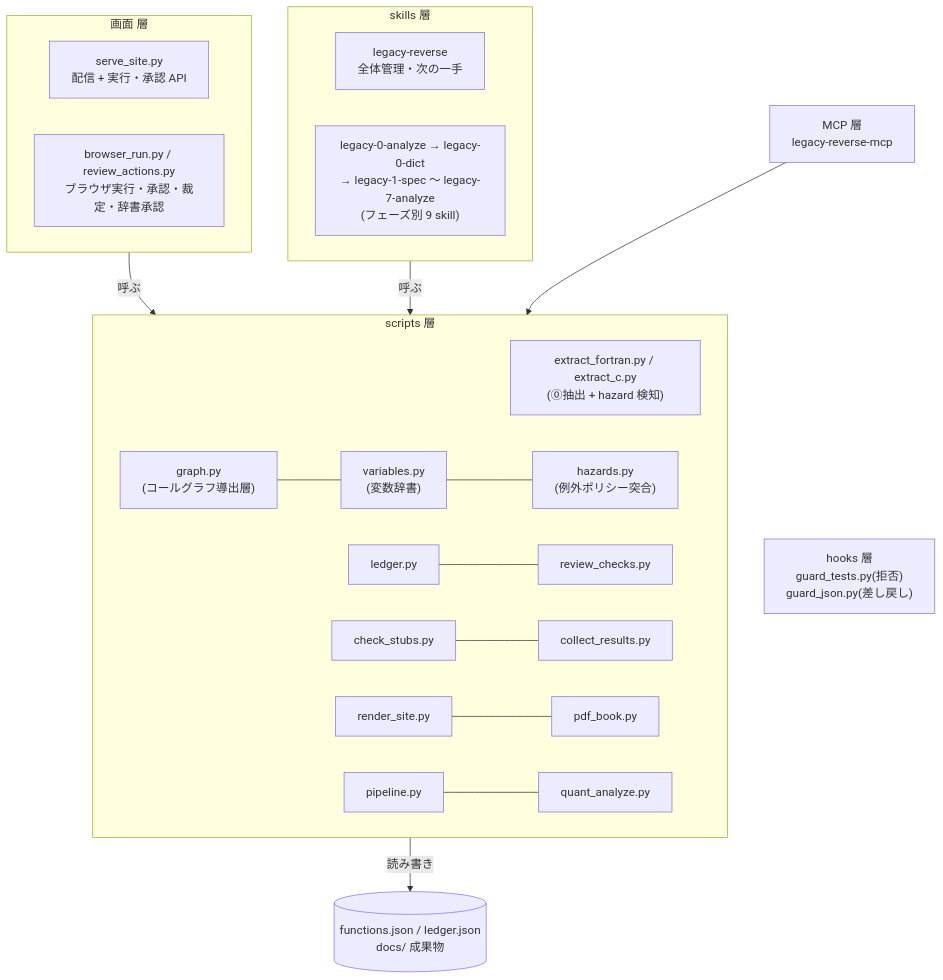
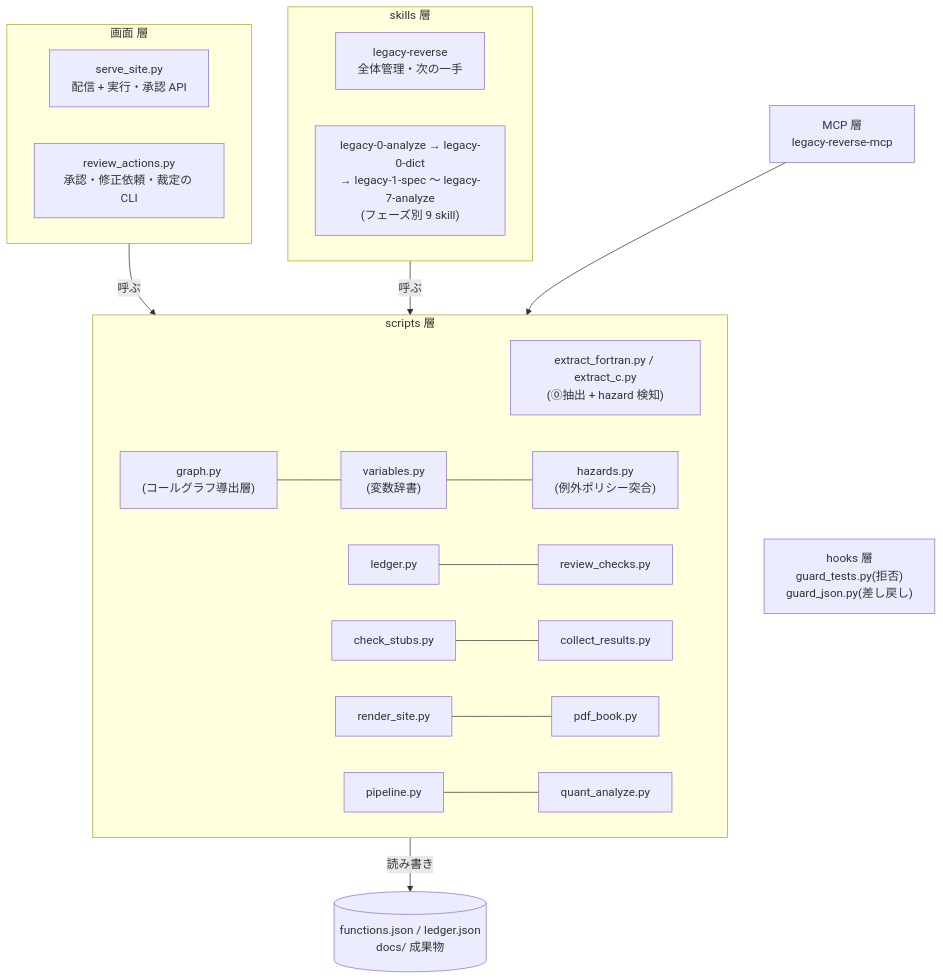
Before and after one commit to ctenopoma/skills: the first of 2 diagrams in docs/legacy-reverse/architecture.qmd, drawn with Mermaid. The commit also changed other lines of this file and 17 other files, not shown here.

First line of the commit message:
legacy-reverse: 説明資料の再編（ARCHITECTURE.md 新設・全ドキュメント追随・再生成）

````diff
--- a/docs/legacy-reverse/architecture.qmd
+++ b/docs/legacy-reverse/architecture.qmd
@@ -11,28 +11,28 @@
 ```{mermaid}
 %%| label: fig-arch-layers
 %%| fig-cap: "skills / scripts / MCP / hooks / 画面の責務分担"
 
 flowchart TB
   subgraph skills["skills 層"]
     P["legacy-reverse<br>全体管理・次の一手"]
     S["legacy-0-analyze → legacy-0-dict<br>→ legacy-1-spec 〜 legacy-7-analyze<br>(フェーズ別 9 skill)"]
   end
   subgraph ui["画面 層"]
     SS["serve_site.py<br>配信 + 実行・承認 API"]
-    BR["browser_run.py / review_actions.py<br>ブラウザ実行・承認・裁定・辞書承認"]
+    BR["review_actions.py<br>承認・修正依頼・裁定の CLI"]
   end
   subgraph scripts["scripts 層"]
     EX["extract_fortran.py / extract_c.py<br>(⓪抽出 + hazard 検知)"]
     GR["graph.py<br>(コールグラフ導出層)"] --- VA["variables.py<br>(変数辞書)"] --- HZ["hazards.py<br>(例外ポリシー突合)"]
     LG["ledger.py"] --- RV["review_checks.py"]
     CS["check_stubs.py"] --- CR["collect_results.py"]
     RS["render_site.py"] --- PB["pdf_book.py"]
     PL["pipeline.py"] --- QA["quant_analyze.py"]
   end
   MCP["MCP 層<br>legacy-reverse-mcp"] --> scripts
   HK["hooks 層<br>guard_tests.py(拒否)<br>guard_json.py(差し戻し)"]
   MCP ~~~ HK
   skills -->|呼ぶ| scripts
   ui -->|呼ぶ| scripts
   scripts -->|読み書き| DATA[("functions.json / ledger.json<br>docs/ 成果物")]
 ```
````
